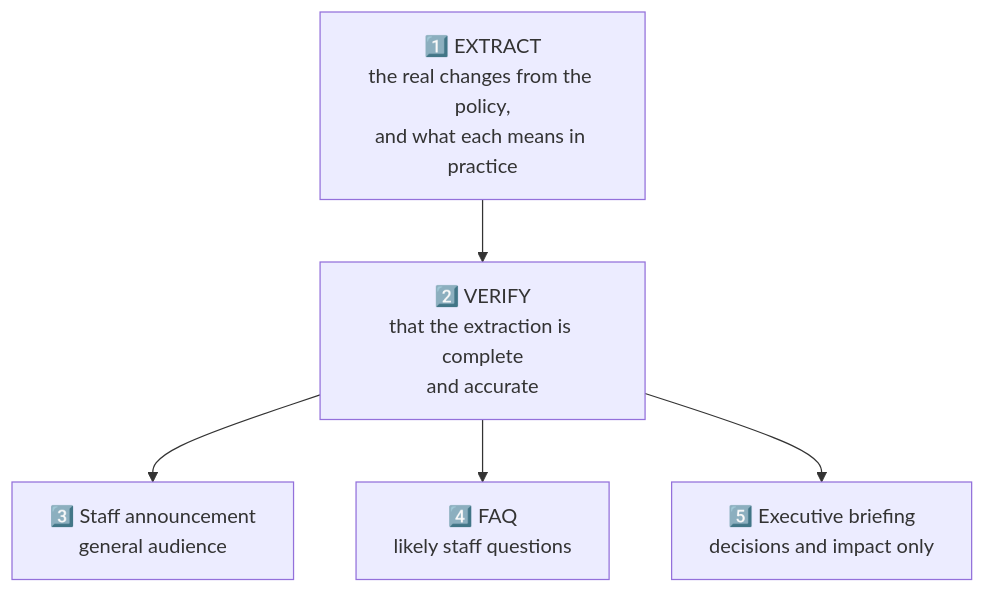
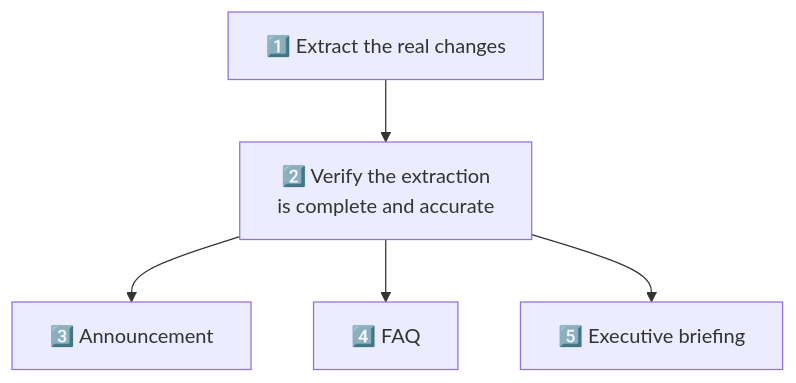
One commit to saurabhSMS1987/Public_Learning-DE-DS-ML-AI changed the fourth of 5 diagrams in 008 CCAO- F Certification Prep/Module-2-Prompting-and-Task-Execution.md. Above: the diagram before and after it, drawn with Mermaid. The commit also changed other lines of this file and 1 other file, not shown here.

````diff
--- a/008 CCAO- F Certification Prep/Module-2-Prompting-and-Task-Execution.md
+++ b/008 CCAO- F Certification Prep/Module-2-Prompting-and-Task-Execution.md
@@ -196,7 +96,7 @@
 ```mermaid
 flowchart TD
-    A["1️⃣ EXTRACT<br/>the real changes from the policy,<br/>and what each means in practice"] --> B["2️⃣ VERIFY<br/>that the extraction is complete<br/>and accurate"]
-    B --> C["3️⃣ Staff announcement<br/>general audience"]
-    B --> D["4️⃣ FAQ<br/>likely staff questions"]
-    B --> E["5️⃣ Executive briefing<br/>decisions and impact only"]
+    A["1️⃣ Extract the real changes"] --> B["2️⃣ Verify the extraction<br/>is complete and accurate"]
+    B --> C["3️⃣ Announcement"]
+    B --> D["4️⃣ FAQ"]
+    B --> E["5️⃣ Executive briefing"]
 ```
````
